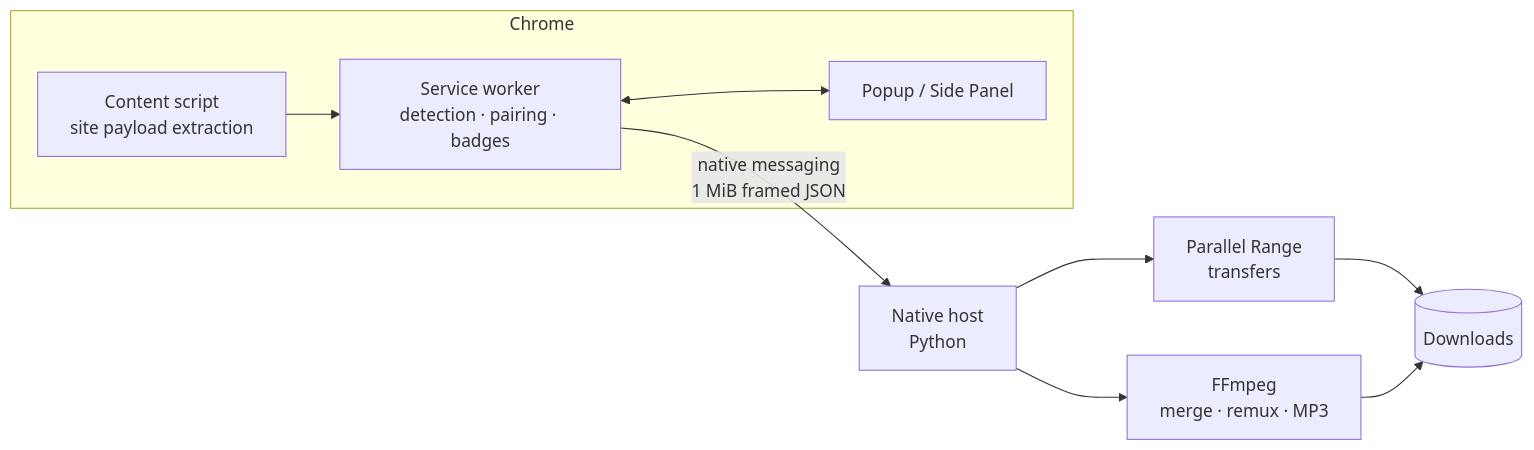
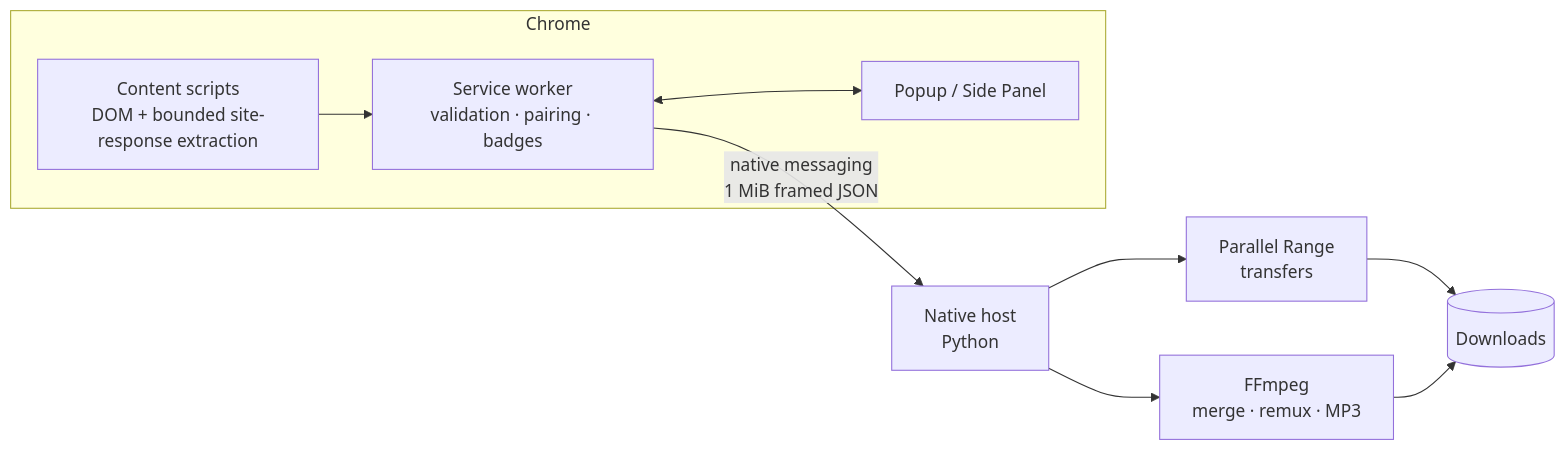
One commit to Blanchot-Alice/fluxcatch changed the diagram in README.md. Above: the diagram before and after it, drawn with Mermaid. The commit also changed other lines of this file and 70 other files, not shown here.

````diff
--- a/README.md
+++ b/README.md
@@ -134,13 +147,13 @@
 ```mermaid
 flowchart LR
     subgraph Chrome
-        CS["Content script<br/>site payload extraction"] --> BG["Service worker<br/>detection · pairing · badges"]
+        CS["Content scripts<br/>DOM + bounded site-response extraction"] --> BG["Service worker<br/>validation · pairing · badges"]
         POP["Popup / Side Panel"]
         BG <--> POP
     end
     BG -- "native messaging<br/>1 MiB framed JSON" --> HOST["Native host<br/>Python"]
     HOST --> RANGES["Parallel Range<br/>transfers"]
     HOST --> FFMPEG["FFmpeg<br/>merge · remux · MP3"]
     RANGES --> DL[("Downloads")]
     FFMPEG --> DL
 ```
````
